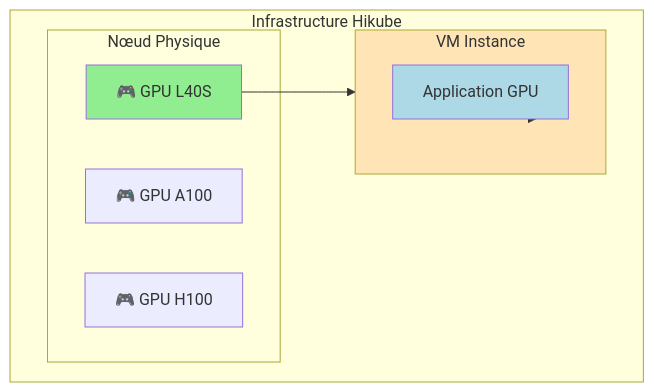
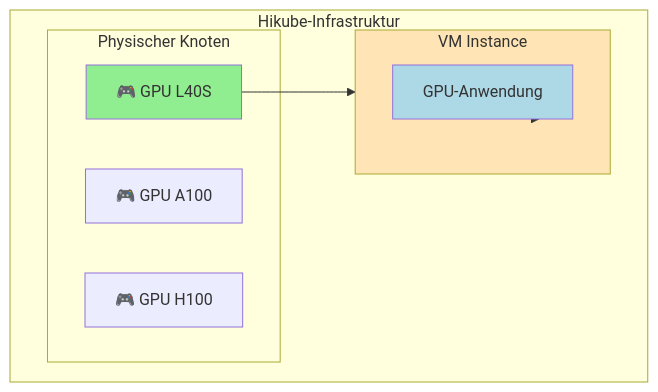
Before and after one commit to HidoraSwiss/hikube-public-doc: the first of 2 diagrams in i18n/de/docusaurus-plugin-content-docs/current/services/gpu/overview.md, drawn with Mermaid. The commit also changed other lines of this file and 121 other files, not shown here.

````diff
--- a/i18n/de/docusaurus-plugin-content-docs/current/services/gpu/overview.md
+++ b/i18n/de/docusaurus-plugin-content-docs/current/services/gpu/overview.md
@@ -69,21 +69,21 @@
 ```mermaid
 flowchart TD
-    subgraph HIKUBE["Infrastructure Hikube"]
-        subgraph NODE["Nœud Physique"]
+    subgraph HIKUBE["Hikube-Infrastruktur"]
+        subgraph NODE["Physischer Knoten"]
             GPU1["🎮 GPU L40S"]
             GPU2["🎮 GPU A100"]
             GPU3["🎮 GPU H100"]
         end
-        
+
         subgraph VM1["VM Instance"]
-            APP1["Application GPU"]
+            APP1["GPU-Anwendung"]
         end
     end
-    
+
     GPU1 --> VM1
     VM1 --> APP1
-    
+
     style GPU1 fill:#90EE90
     style VM1 fill:#FFE4B5
     style APP1 fill:#ADD8E6
 ```
````
